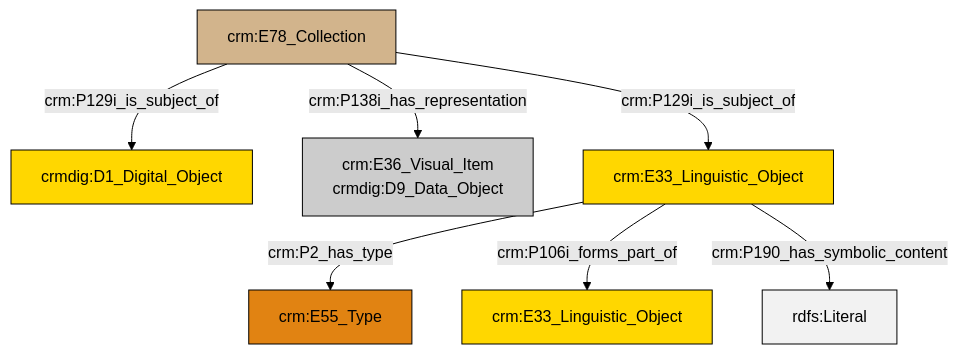
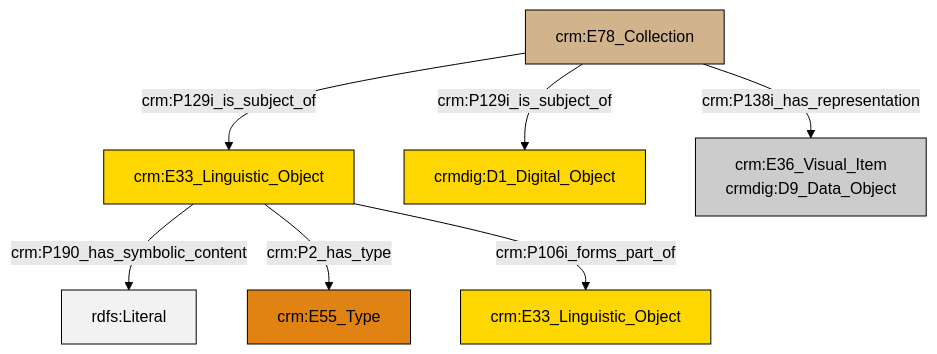
The diagram in et/archivalCSV/ttl/mmd/archival_docs.ttl.mmd (swiss-art-research-net/docs.swissartresearch), drawn with Mermaid (forest theme) before and after one commit. The commit also changed 204 other files, not shown here.

```diff
--- a/et/archivalCSV/ttl/mmd/archival_docs.ttl.mmd
+++ b/et/archivalCSV/ttl/mmd/archival_docs.ttl.mmd
@@ -1,21 +1,21 @@
 graph TD
 classDef Literal fill:#f2f2f2,stroke:#000000;
 classDef CRM_Entity fill:#FFFFFF,stroke:#000000;
 classDef Temporal_Entity fill:#00C9E6, stroke:#000000;
 classDef Type fill:#E18312, stroke:#000000;
 classDef Time-Span fill:#2C9C91, stroke:#000000;
 classDef Appellation fill:#FFEB7F, stroke:#000000;
 classDef Place fill:#008836, stroke:#000000;
 classDef Persistent_Item fill:#B266B2, stroke:#000000;
 classDef Conceptual_Object fill:#FFD700, stroke:#000000;
 classDef Physical_Thing fill:#D2B48C, stroke:#000000;
 classDef Actor fill:#f58aad, stroke:#000000;
 classDef PC_Classes fill:#4ce600, stroke:#000000;
 classDef Multi fill:#cccccc,stroke:#000000;
 
-0["crm:E78_Collection"]:::Physical_Thing -->|crm:P129i_is_subject_of| 1["crmdig:D1_Digital_Object"]:::Conceptual_Object
-5["crm:E33_Linguistic_Object"]:::Conceptual_Object -->|crm:P2_has_type| 6["crm:E55_Type"]:::Type
-5["crm:E33_Linguistic_Object"]:::Conceptual_Object -->|crm:P106i_forms_part_of| 9["crm:E33_Linguistic_Object"]:::Conceptual_Object
-5["crm:E33_Linguistic_Object"]:::Conceptual_Object -->|crm:P190_has_symbolic_content| 13[rdfs:Literal]:::Literal
-0["crm:E78_Collection"]:::Physical_Thing -->|crm:P129i_is_subject_of| 5["crm:E33_Linguistic_Object"]:::Conceptual_Object
-0["crm:E78_Collection"]:::Physical_Thing -->|crm:P138i_has_representation| 3["crm:E36_Visual_Item<br>crmdig:D9_Data_Object"]:::Multi
+2["crm:E78_Collection"]:::Physical_Thing -->|crm:P129i_is_subject_of| 7["crmdig:D1_Digital_Object"]:::Conceptual_Object
+0["crm:E33_Linguistic_Object"]:::Conceptual_Object -->|crm:P190_has_symbolic_content| 14[rdfs:Literal]:::Literal
+0["crm:E33_Linguistic_Object"]:::Conceptual_Object -->|crm:P2_has_type| 4["crm:E55_Type"]:::Type
+2["crm:E78_Collection"]:::Physical_Thing -->|crm:P129i_is_subject_of| 0["crm:E33_Linguistic_Object"]:::Conceptual_Object
+0["crm:E33_Linguistic_Object"]:::Conceptual_Object -->|crm:P106i_forms_part_of| 9["crm:E33_Linguistic_Object"]:::Conceptual_Object
+2["crm:E78_Collection"]:::Physical_Thing -->|crm:P138i_has_representation| 11["crm:E36_Visual_Item<br>crmdig:D9_Data_Object"]:::Multi
```
